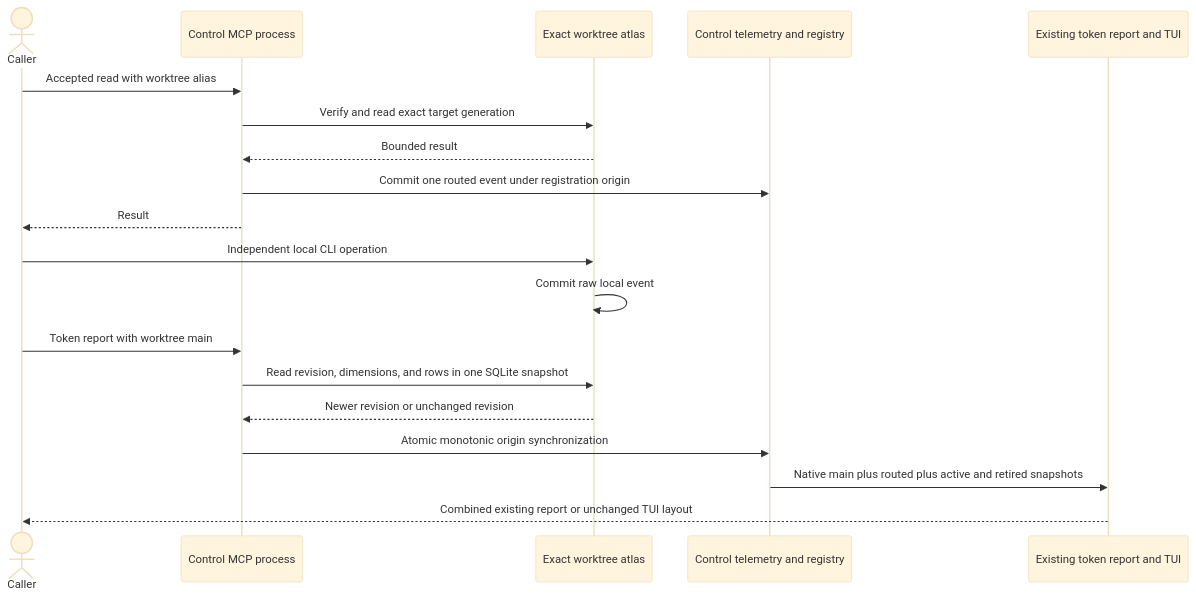
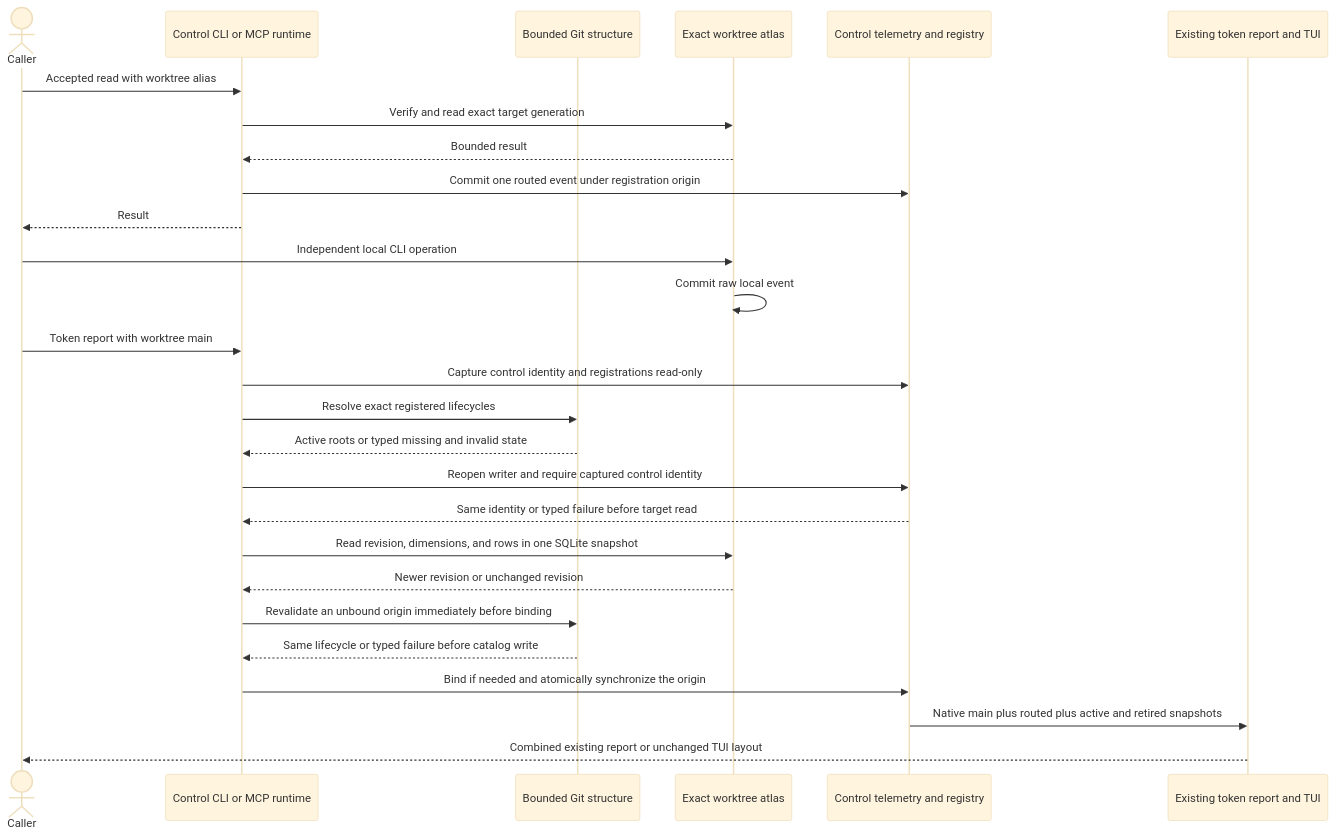
One commit to styler-ai/ProjectAtlas changed diagram 32 of 33 in docs/projectatlas-3-architecture.md. Above: the diagram before and after it, drawn with Mermaid (base theme). The commit also changed other lines of this file and 4 other files, not shown here.

````diff
--- a/docs/projectatlas-3-architecture.md
+++ b/docs/projectatlas-3-architecture.md
@@ -2674,22 +2674,30 @@
 ```mermaid
 sequenceDiagram
     actor Caller
-    participant MCP as Control MCP process
+    participant Runtime as Control CLI or MCP runtime
+    participant Structure as Bounded Git structure
     participant Target as Exact worktree atlas
     participant Control as Control telemetry and registry
     participant Report as Existing token report and TUI
 
-    Caller->>MCP: Accepted read with worktree alias
-    MCP->>Target: Verify and read exact target generation
-    Target-->>MCP: Bounded result
-    MCP->>Control: Commit one routed event under registration origin
-    MCP-->>Caller: Result
+    Caller->>Runtime: Accepted read with worktree alias
+    Runtime->>Target: Verify and read exact target generation
+    Target-->>Runtime: Bounded result
+    Runtime->>Control: Commit one routed event under registration origin
+    Runtime-->>Caller: Result
     Caller->>Target: Independent local CLI operation
     Target->>Target: Commit raw local event
-    Caller->>MCP: Token report with worktree main
-    MCP->>Target: Read revision, dimensions, and rows in one SQLite snapshot
-    Target-->>MCP: Newer revision or unchanged revision
-    MCP->>Control: Atomic monotonic origin synchronization
+    Caller->>Runtime: Token report with worktree main
+    Runtime->>Control: Capture control identity and registrations read-only
+    Runtime->>Structure: Resolve exact registered lifecycles
+    Structure-->>Runtime: Active roots or typed missing and invalid state
+    Runtime->>Control: Reopen writer and require captured control identity
+    Control-->>Runtime: Same identity or typed failure before target read
+    Runtime->>Target: Read revision, dimensions, and rows in one SQLite snapshot
+    Target-->>Runtime: Newer revision or unchanged revision
+    Runtime->>Structure: Revalidate an unbound origin immediately before binding
+    Structure-->>Runtime: Same lifecycle or typed failure before catalog write
+    Runtime->>Control: Bind if needed and atomically synchronize the origin
     Control->>Report: Native main plus routed plus active and retired snapshots
     Report-->>Caller: Combined existing report or unchanged TUI layout
 ```
````
